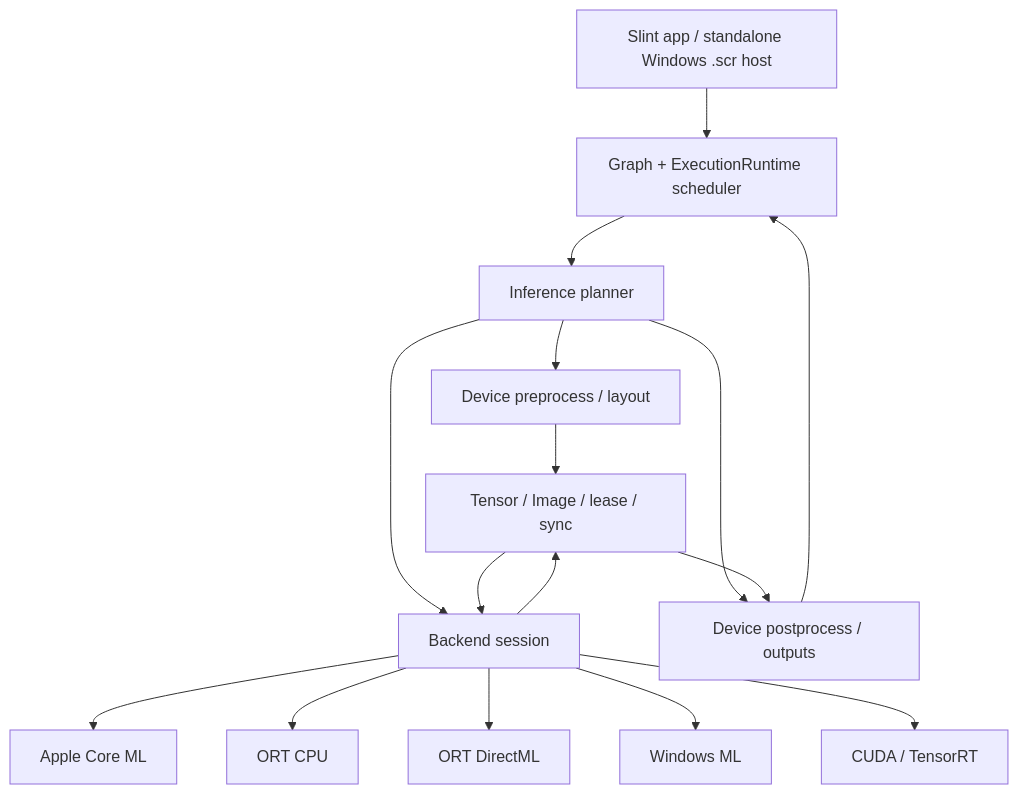
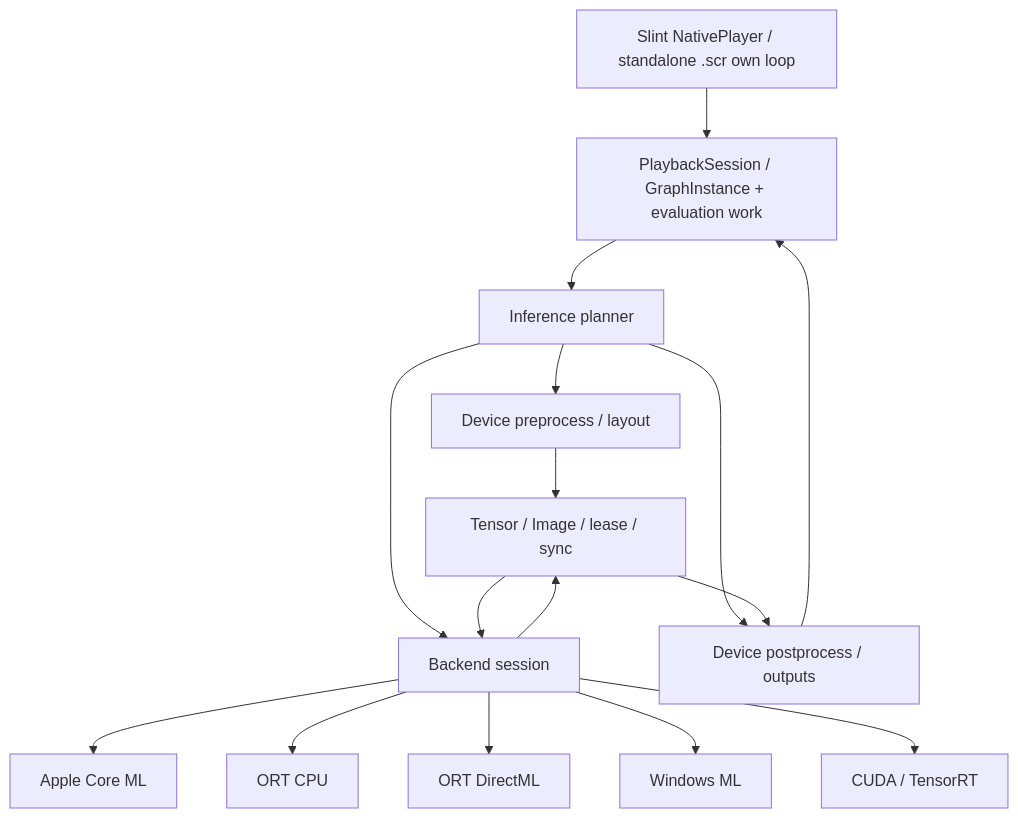
The diagram in docs/INFERENCE_ARCHITECTURE.md (sanitor/open_quartz), drawn with Mermaid before and after one commit. The commit also changed other lines of this file and 7 other files, not shown here.

Commit message:
docs: rewrite architecture around current native components and dataflow

````diff
--- a/docs/INFERENCE_ARCHITECTURE.md
+++ b/docs/INFERENCE_ARCHITECTURE.md
@@ -37,18 +39,18 @@
 ```mermaid
 flowchart TD
-    APP[Slint app / standalone Windows .scr host] --> GRAPH[Graph + ExecutionRuntime scheduler]
+    APP[Slint NativePlayer / standalone .scr own loop] --> GRAPH[PlaybackSession / GraphInstance + evaluation work]
     GRAPH --> POLICY[Inference planner]
     POLICY --> PRE[Device preprocess / layout]
     POLICY --> BACKEND[Backend session]
     POLICY --> POST[Device postprocess / outputs]
     PRE --> RES[Tensor / Image / lease / sync]
     RES --> BACKEND
     BACKEND --> RES
     RES --> POST
     POST --> GRAPH
     BACKEND --> COREML[Apple Core ML]
     BACKEND --> ORTCPU[ORT CPU]
     BACKEND --> ORTDML[ORT DirectML]
     BACKEND --> WINML[Windows ML]
     BACKEND --> CUDA[CUDA / TensorRT]
 ```
````
